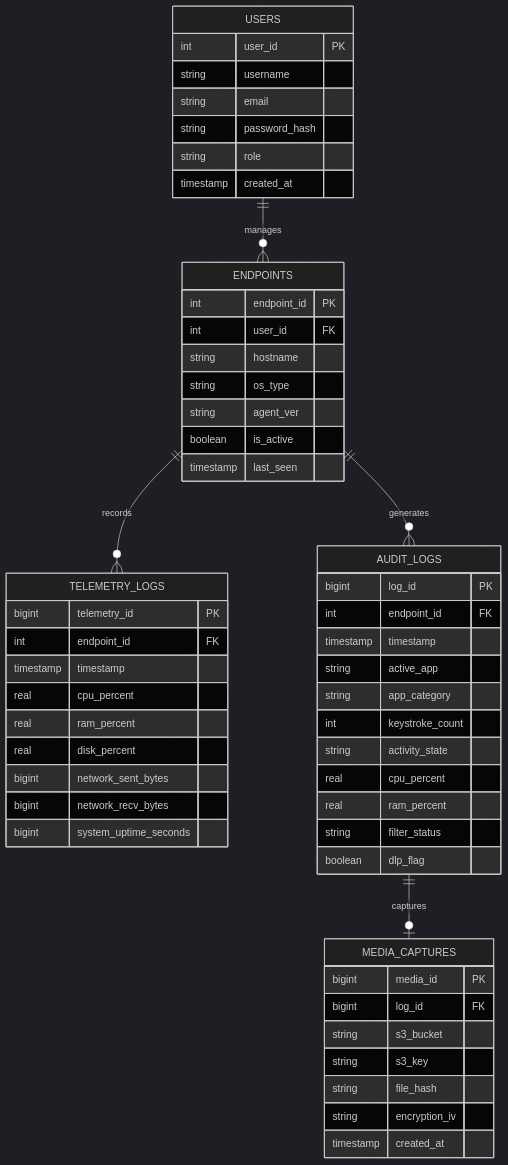
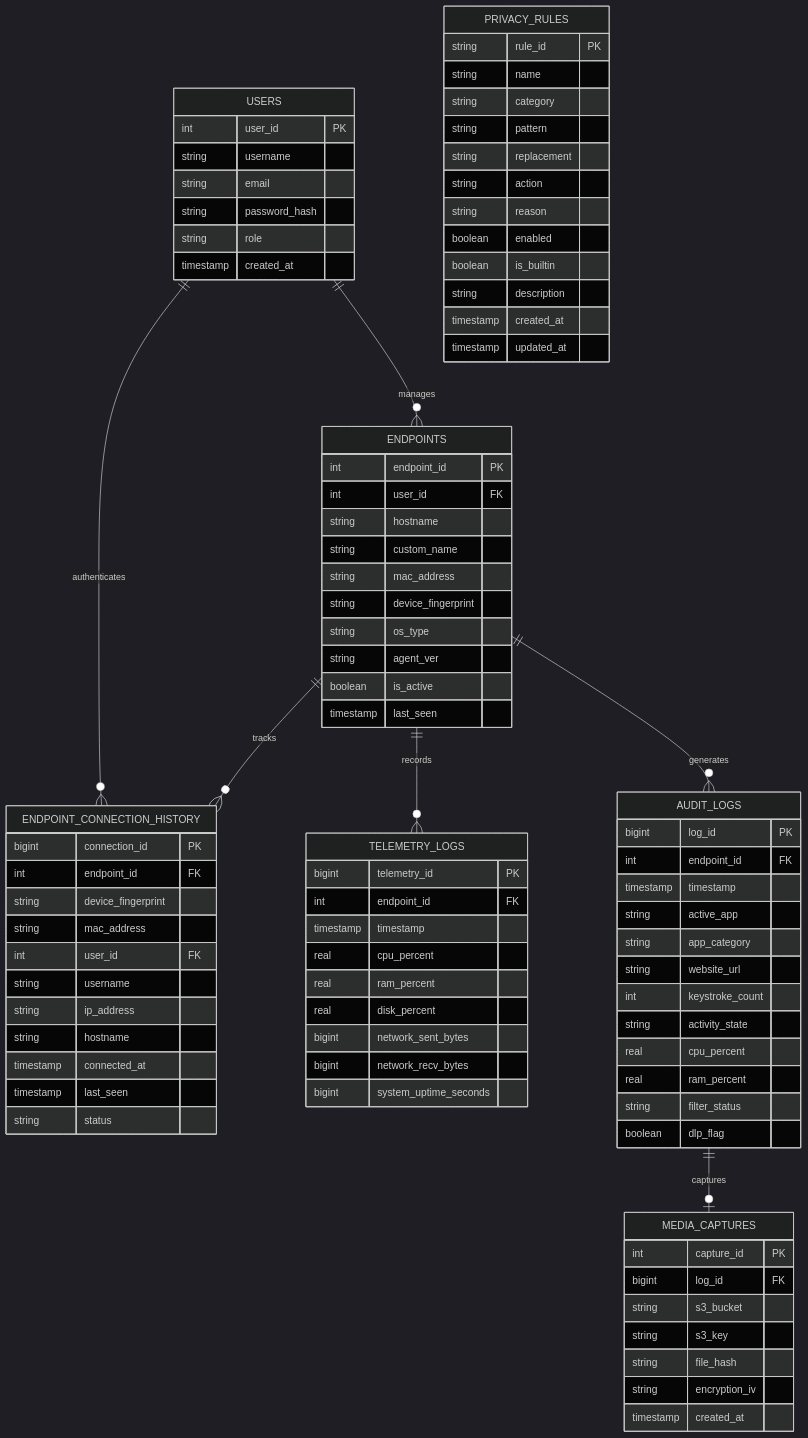
Before and after one commit to kevogo78/SecureSight: the diagram in database/README.md, drawn with Mermaid (dark theme). The commit also changed other lines of this file and 11 other files, not shown here.

````diff
--- a/database/README.md
+++ b/database/README.md
@@ -9,6 +9,8 @@
 ```mermaid
 erDiagram
     USERS ||--o{ ENDPOINTS : manages
+    USERS ||--o{ ENDPOINT_CONNECTION_HISTORY : authenticates
+    ENDPOINTS ||--o{ ENDPOINT_CONNECTION_HISTORY : tracks
     ENDPOINTS ||--o{ TELEMETRY_LOGS : records
     ENDPOINTS ||--o{ AUDIT_LOGS : generates
     AUDIT_LOGS ||--o| MEDIA_CAPTURES : captures
@@ -26,10 +28,27 @@
         int endpoint_id PK
         int user_id FK
         string hostname
+        string custom_name
+        string mac_address
+        string device_fingerprint
         string os_type
         string agent_ver
         boolean is_active
         timestamp last_seen
+    }
+
+    ENDPOINT_CONNECTION_HISTORY {
+        bigint connection_id PK
+        int endpoint_id FK
+        string device_fingerprint
+        string mac_address
+        int user_id FK
+        string username
+        string ip_address
+        string hostname
+        timestamp connected_at
+        timestamp last_seen
+        string status
     }
 
     TELEMETRY_LOGS {
@@ -50,6 +69,7 @@
         timestamp timestamp
         string active_app
         string app_category
+        string website_url
         int keystroke_count
         string activity_state
         real cpu_percent
@@ -59,7 +79,7 @@
     }
 
     MEDIA_CAPTURES {
-        bigint media_id PK
+        int capture_id PK
         bigint log_id FK
         string s3_bucket
         string s3_key
@@ -67,4 +87,19 @@
         string encryption_iv
         timestamp created_at
     }
+
+    PRIVACY_RULES {
+        string rule_id PK
+        string name
+        string category
+        string pattern
+        string replacement
+        string action
+        string reason
+        boolean enabled
+        boolean is_builtin
+        string description
+        timestamp created_at
+        timestamp updated_at
+    }
 ```
````
